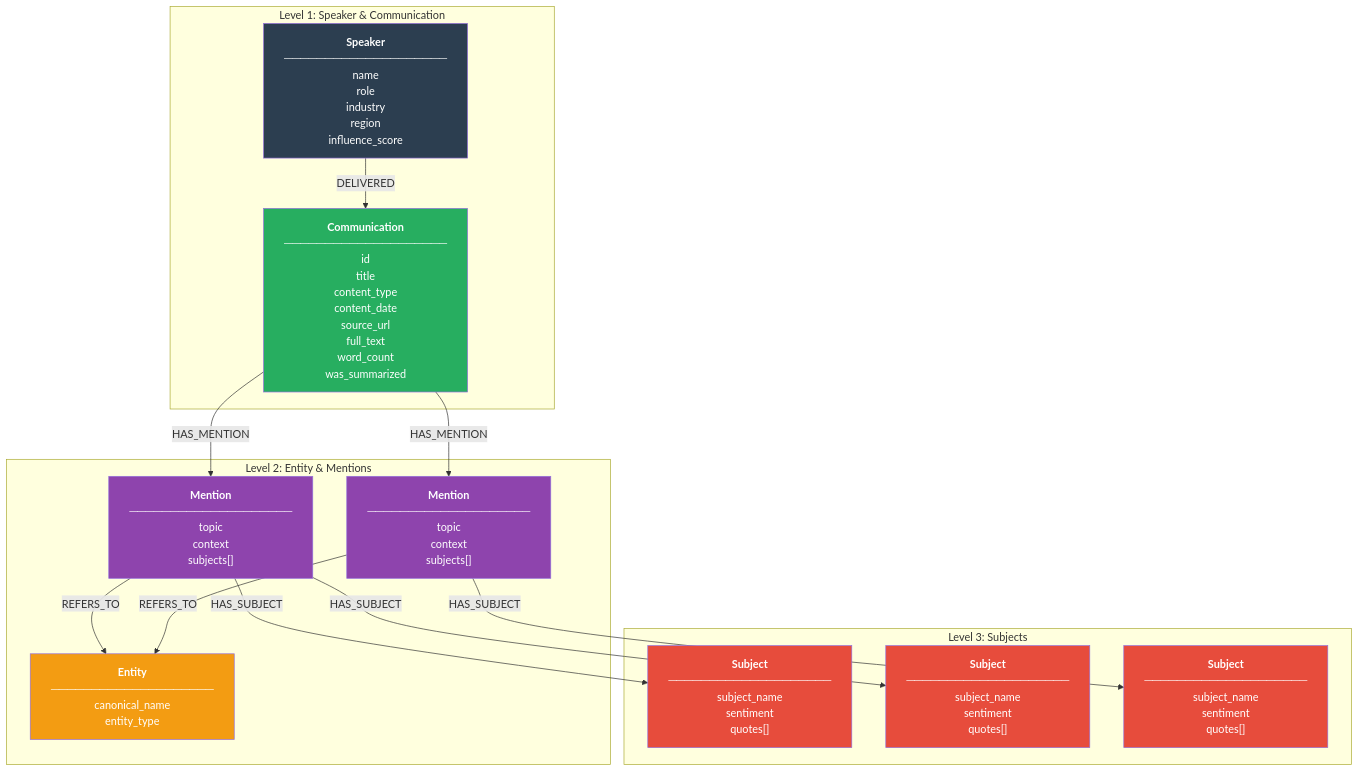
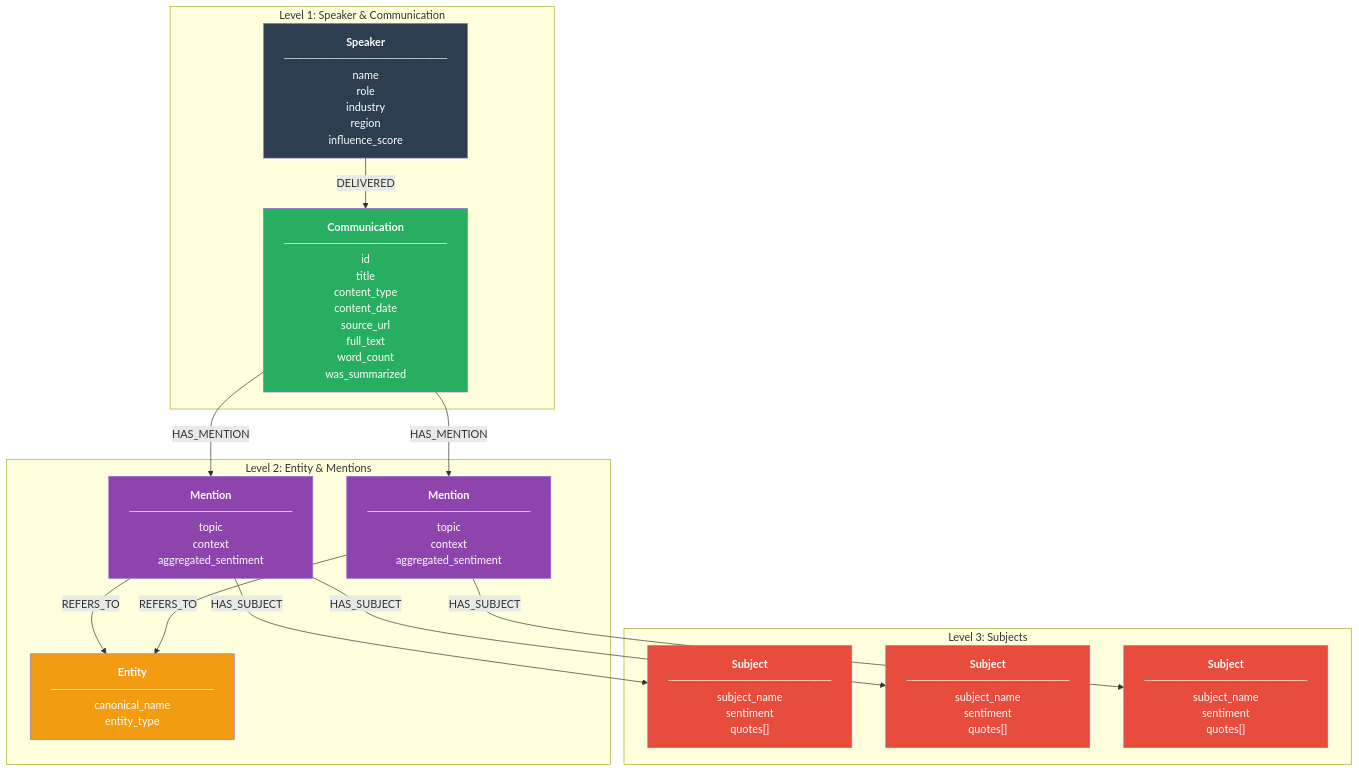
One commit to dmitriyratu/DiscourseKG changed the fourth of 4 diagrams in documentation/architecture.md. Above: the diagram before and after it, drawn with Mermaid. The commit also changed other lines of this file, not shown here.

First line of the commit message:
refactor: enhance architecture documentation and clarify processing patterns

````diff
--- a/documentation/architecture.md
+++ b/documentation/architecture.md
@@ -261,37 +351,37 @@
 ```mermaid
 graph TB
     subgraph "Level 1: Speaker & Communication"
         S["<b>Speaker</b><br/>────────────────────<br/>name<br/>role<br/>industry<br/>region<br/>influence_score"]
         C["<b>Communication</b><br/>────────────────────<br/>id<br/>title<br/>content_type<br/>content_date<br/>source_url<br/>full_text<br/>word_count<br/>was_summarized"]
     end
     
     subgraph "Level 2: Entity & Mentions"
         E["<b>Entity</b><br/>────────────────────<br/>canonical_name<br/>entity_type"]
-        M1["<b>Mention</b><br/>────────────────────<br/>topic<br/>context<br/>subjects[]"]
-        M2["<b>Mention</b><br/>────────────────────<br/>topic<br/>context<br/>subjects[]"]
+        M1["<b>Mention</b><br/>────────────────────<br/>topic<br/>context<br/>aggregated_sentiment"]
+        M2["<b>Mention</b><br/>────────────────────<br/>topic<br/>context<br/>aggregated_sentiment"]
     end
     
     subgraph "Level 3: Subjects"
         SU1["<b>Subject</b><br/>────────────────────<br/>subject_name<br/>sentiment<br/>quotes[]"]
         SU2["<b>Subject</b><br/>────────────────────<br/>subject_name<br/>sentiment<br/>quotes[]"]
         SU3["<b>Subject</b><br/>────────────────────<br/>subject_name<br/>sentiment<br/>quotes[]"]
     end
     
     S -->|DELIVERED| C
     C -->|HAS_MENTION| M1
     C -->|HAS_MENTION| M2
     M1 -->|REFERS_TO| E
     M2 -->|REFERS_TO| E
     M1 -->|HAS_SUBJECT| SU1
     M1 -->|HAS_SUBJECT| SU2
     M2 -->|HAS_SUBJECT| SU3
     
     style S fill:#2C3E50,color:#fff
     style C fill:#27AE60,color:#fff
     style E fill:#F39C12,color:#fff
     style M1 fill:#8E44AD,color:#fff
     style M2 fill:#8E44AD,color:#fff
     style SU1 fill:#E74C3C,color:#fff
     style SU2 fill:#E74C3C,color:#fff
     style SU3 fill:#E74C3C,color:#fff
 ```
````
